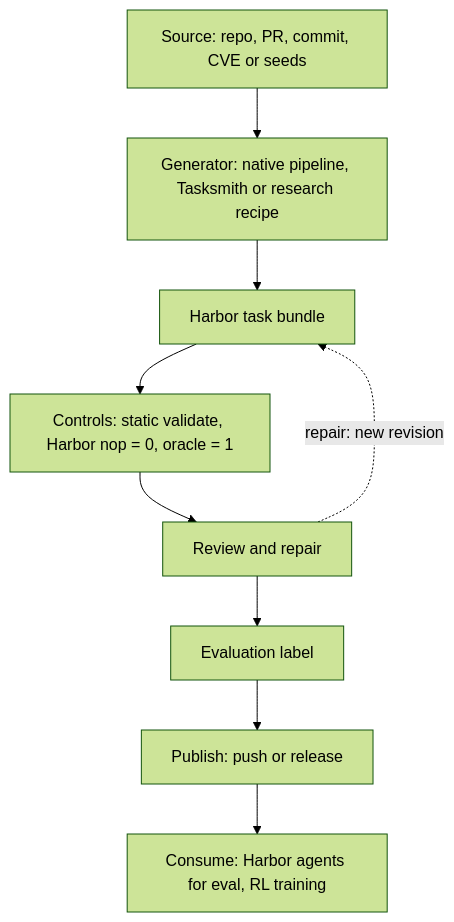
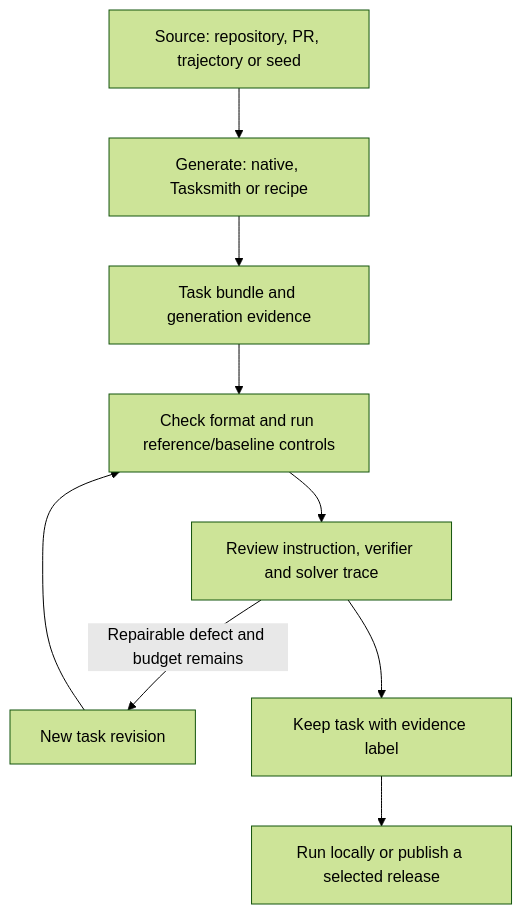
One commit to huggingface/Repo2RLEnv changed the diagram in docs/concepts/how-it-works.mdx. Above: the diagram before and after it, drawn with Mermaid (forest theme). The commit also changed other lines of this file and 50 other files, not shown here.

````diff
--- a/docs/concepts/how-it-works.mdx
+++ b/docs/concepts/how-it-works.mdx
@@ -8,11 +10,11 @@
 ```mermaid
 flowchart TD
-  S["Source: repo, PR, commit, CVE or seeds"] --> G["Generator: native pipeline, Tasksmith or research recipe"]
-  G --> T["Harbor task bundle"]
-  T --> C["Controls: static validate, Harbor nop = 0, oracle = 1"]
-  C --> R["Review and repair"]
-  R -. "repair: new revision" .-> T
-  R --> L["Evaluation label"]
-  L --> P["Publish: push or release"]
-  P --> U["Consume: Harbor agents for eval, RL training"]
+  S["Source: repository, PR, trajectory or seed"] --> G["Generate: native, Tasksmith or recipe"]
+  G --> T["Task bundle and generation evidence"]
+  T --> C["Check format and run reference/baseline controls"]
+  C --> R["Review instruction, verifier and solver trace"]
+  R -->|"Repairable defect and budget remains"| N["New task revision"]
+  N --> C
+  R --> L["Keep task with evidence label"]
+  L --> P["Run locally or publish a selected release"]
 ```
````
